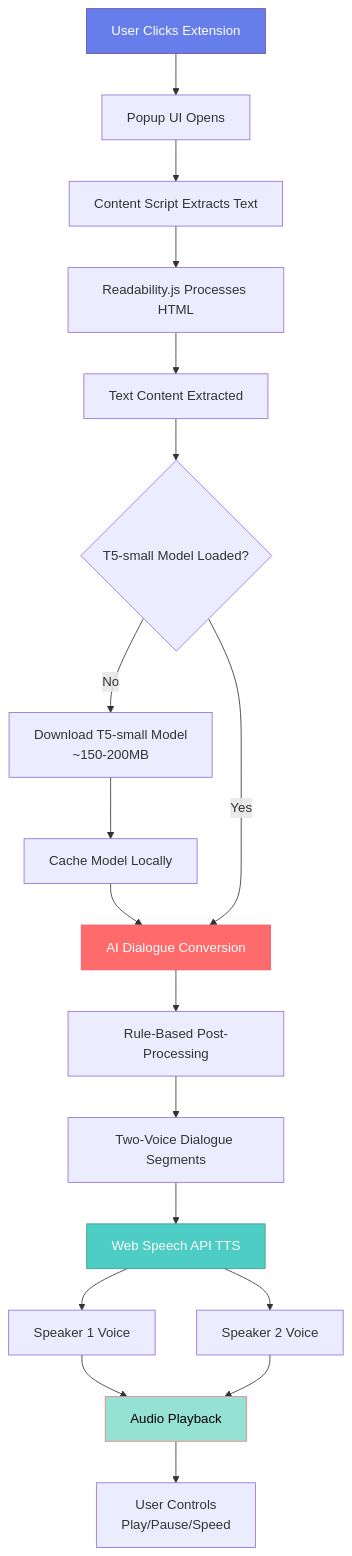
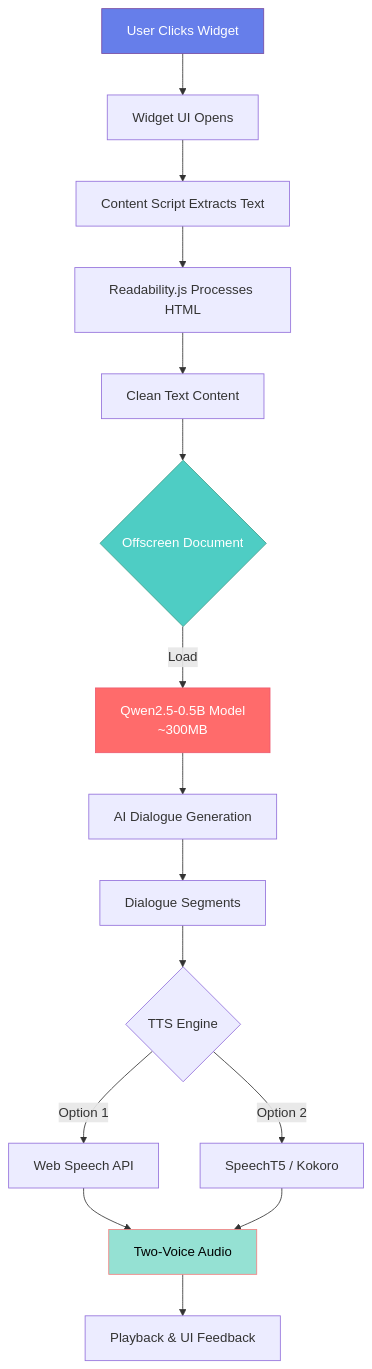
The first of 2 diagrams in README.md (swati2904/webpodcast), drawn with Mermaid before and after one commit. The commit also changed other lines of this file, not shown here.

Commit message:
Update README.md to reflect recent AI model and architecture changes

````diff
--- a/README.md
+++ b/README.md
@@ -31,25 +33,22 @@
 ```mermaid
 graph TB
-    A[User Clicks Extension] --> B[Popup UI Opens]
+    A[User Clicks Widget] --> B[Widget UI Opens]
     B --> C[Content Script Extracts Text]
     C --> D[Readability.js Processes HTML]
-    D --> E[Text Content Extracted]
-    E --> F{T5-small Model Loaded?}
-    F -->|No| G[Download T5-small Model<br/>~150-200MB]
-    G --> H[Cache Model Locally]
-    H --> I[AI Dialogue Conversion]
-    F -->|Yes| I[AI Dialogue Conversion]
-    I --> J[Rule-Based Post-Processing]
-    J --> K[Two-Voice Dialogue Segments]
-    K --> L[Web Speech API TTS]
-    L --> M[Speaker 1 Voice]
-    L --> N[Speaker 2 Voice]
-    M --> O[Audio Playback]
-    N --> O
-    O --> P[User Controls<br/>Play/Pause/Speed]
+    D --> E[Clean Text Content]
+    E --> F{Offscreen Document}
+    F -->|Load| G[Qwen2.5-0.5B Model<br/>~300MB]
+    G --> H[AI Dialogue Generation]
+    H --> I[Dialogue Segments]
+    I --> J{TTS Engine}
+    J -->|Option 1| K[Web Speech API]
+    J -->|Option 2| L[SpeechT5 / Kokoro]
+    K --> M[Two-Voice Audio]
+    L --> M
+    M --> N[Playback & UI Feedback]
     
     style A fill:#667eea,stroke:#764ba2,color:#fff
-    style I fill:#ff6b6b,stroke:#ee5a6f,color:#fff
-    style L fill:#4ecdc4,stroke:#44a08d,color:#fff
-    style O fill:#95e1d3,stroke:#f38181,color:#000
+    style G fill:#ff6b6b,stroke:#ee5a6f,color:#fff
+    style F fill:#4ecdc4,stroke:#44a08d,color:#fff
+    style M fill:#95e1d3,stroke:#f38181,color:#000
 ```
````
